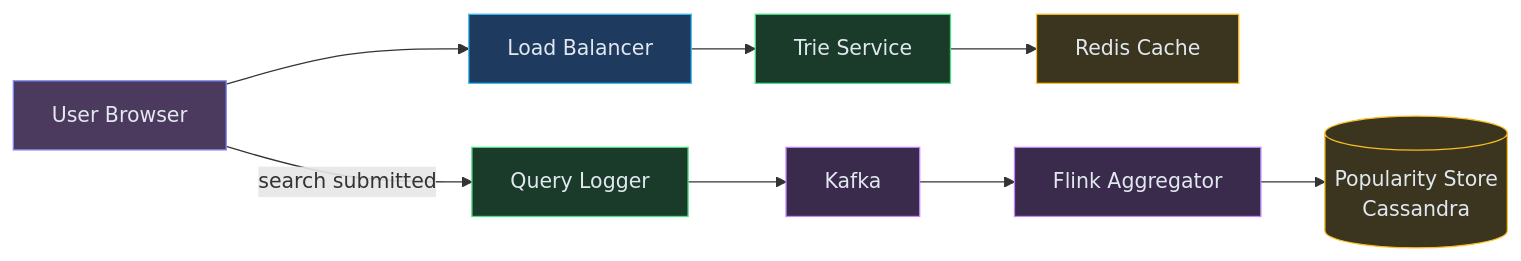
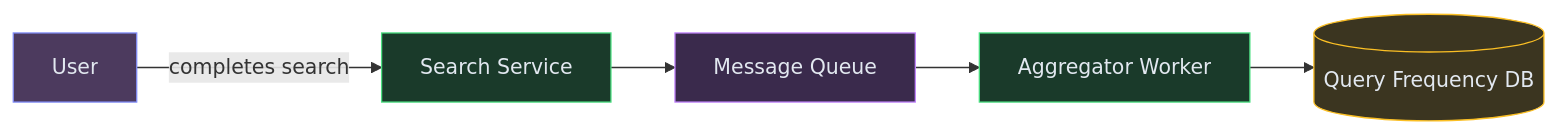
One commit to iluzn/HLD-Designs changed the third of 4 diagrams in content/hld/SearchAutocomplete.md. Above: the diagram before and after it, drawn with Mermaid. The commit also changed other lines of this file and 8 other files, not shown here.

````diff
--- a/content/hld/SearchAutocomplete.md
+++ b/content/hld/SearchAutocomplete.md
@@ -201,25 +131,18 @@
 ```mermaid
 flowchart LR
-    USER["User Browser"]:::client
-    LB["Load Balancer"]:::edge
-    TRIE["Trie Service"]:::service
-    CACHE["Redis Cache"]:::data
-    QLOG["Query Logger"]:::service
-    STREAM["Kafka"]:::async
-    AGG["Flink Aggregator"]:::async
-    POPDB[("Popularity Store<br/>Cassandra")]:::data
+    USER["User"]:::client
+    API["Search Service"]:::service
+    MQ["Message Queue"]:::async
+    AGG["Aggregator Worker"]:::service
+    DB[("Query Frequency DB")]:::data
 
-    USER --> LB
-    LB --> TRIE
-    TRIE --> CACHE
-    USER -->|"search submitted"| QLOG
-    QLOG --> STREAM
-    STREAM --> AGG
-    AGG --> POPDB
+    USER -->|completes search| API
+    API --> MQ
+    MQ --> AGG
+    AGG --> DB
 
     classDef client fill:#4c3a5e,stroke:#818cf8,color:#e2e8f0
-    classDef edge fill:#1e3a5f,stroke:#38bdf8,color:#e2e8f0
     classDef service fill:#1a3a2a,stroke:#4ade80,color:#e2e8f0
     classDef data fill:#3b3520,stroke:#fbbf24,color:#e2e8f0
     classDef async fill:#3a2a4c,stroke:#c084fc,color:#e2e8f0
 ```
````
